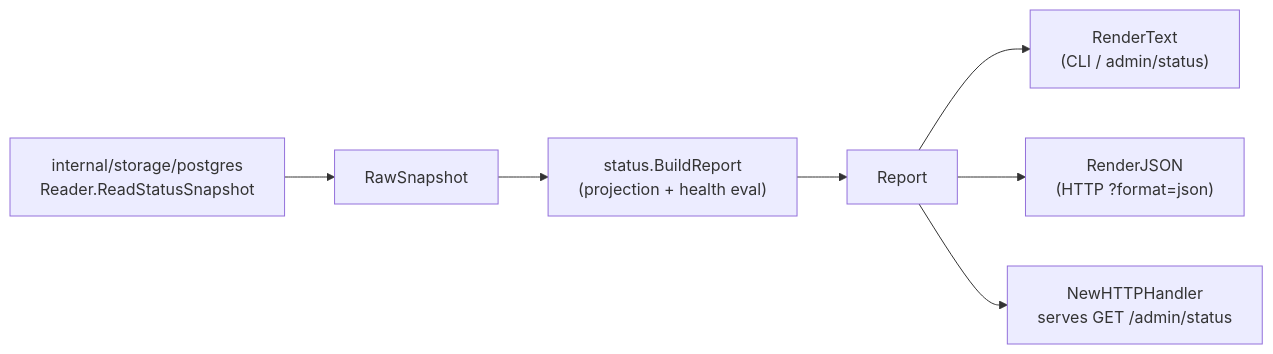
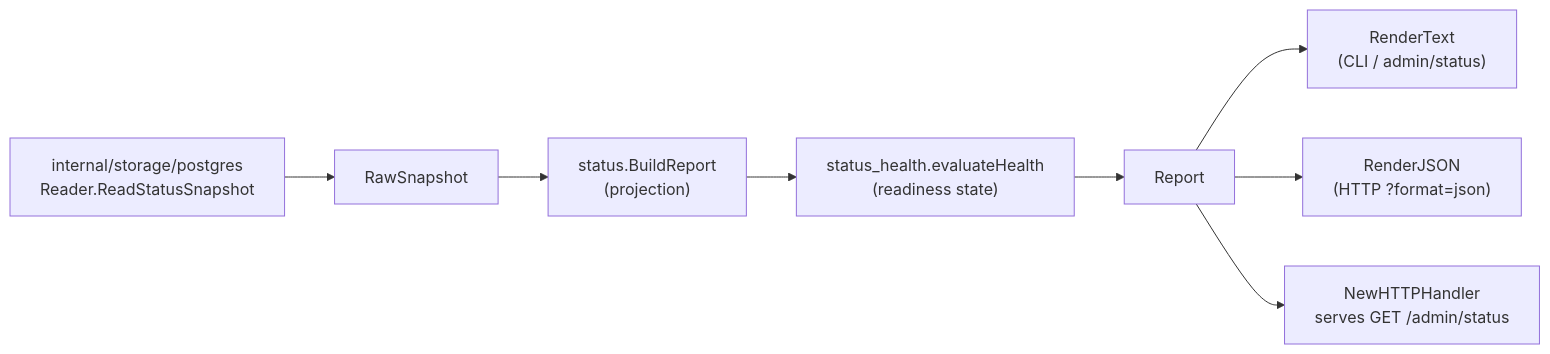
The diagram in go/internal/status/README.md (eshu-hq/eshu), drawn with Mermaid before and after one commit. The commit also changed other lines of this file and 21 other files, not shown here.

````diff
--- a/go/internal/status/README.md
+++ b/go/internal/status/README.md
@@ -28,9 +29,10 @@
 ```mermaid
 flowchart LR
   A["internal/storage/postgres\nReader.ReadStatusSnapshot"] --> B["RawSnapshot"]
-  B --> C["status.BuildReport\n(projection + health eval)"]
-  C --> D["Report"]
+  B --> C["status.BuildReport\n(projection)"]
+  C --> H["status_health.evaluateHealth\n(readiness state)"]
+  H --> D["Report"]
   D --> E["RenderText\n(CLI / admin/status)"]
   D --> F["RenderJSON\n(HTTP ?format=json)"]
   D --> G["NewHTTPHandler\nserves GET /admin/status"]
 ```
````
